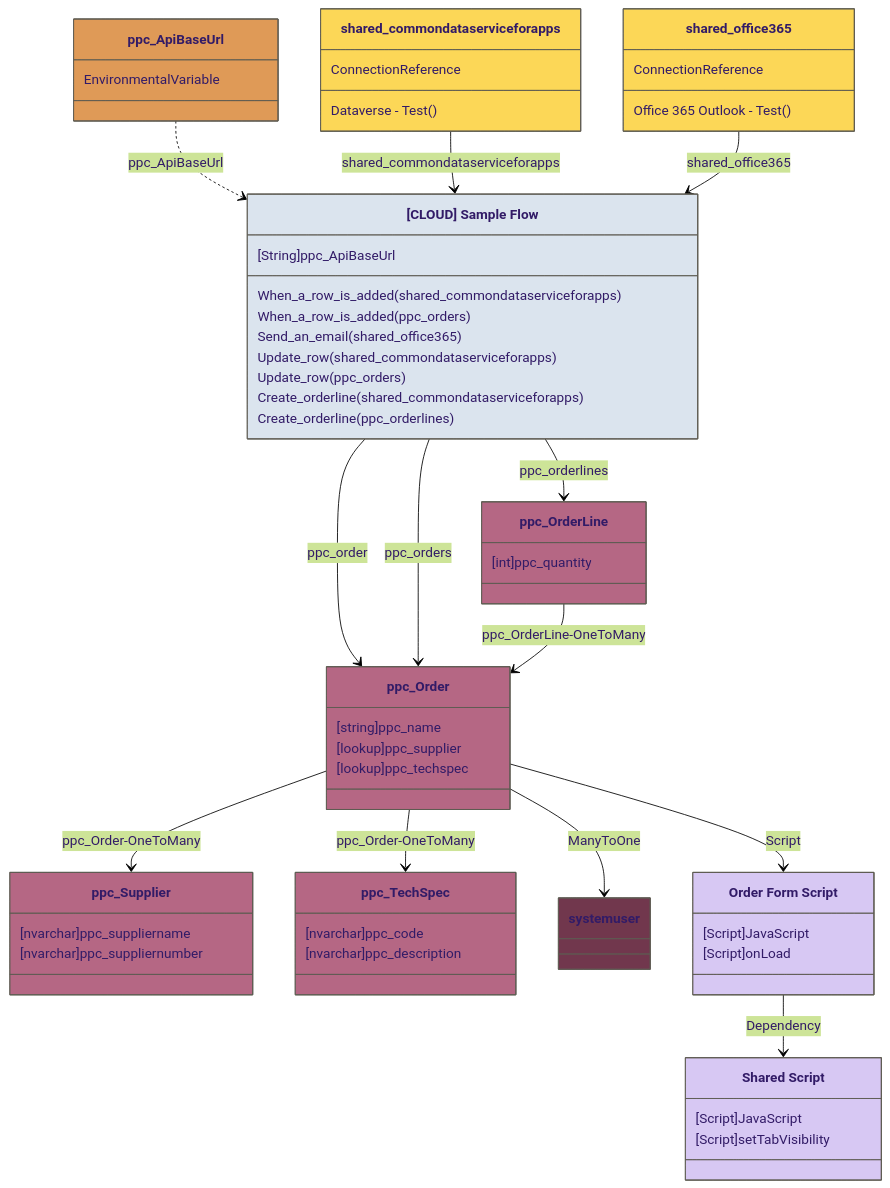
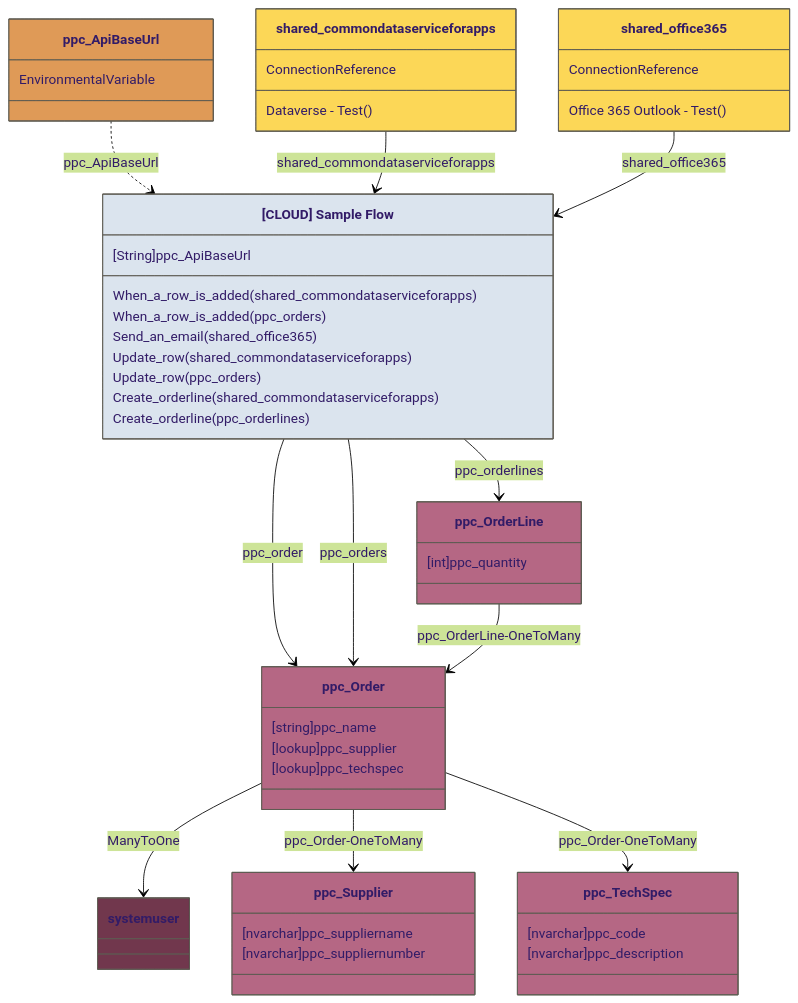
Before and after one commit to autosysops/PowerShell_PowerPlatformChecker: the diagram in tests/fixtures/expected/ArchitectureDiagram.Flow.TB.expected.md, drawn with Mermaid (forest theme). The commit also changed 80 other files, not shown here.

Commit message:
Added option to generate flowcharts for desktop flows and get information from power apps (model and canvas). Also added option to generate external diagrams.

```diff
--- a/tests/fixtures/expected/ArchitectureDiagram.Flow.TB.expected.md
+++ b/tests/fixtures/expected/ArchitectureDiagram.Flow.TB.expected.md
@@ -1,71 +1,61 @@
 :::mermaid
 classDiagram
 direction TB
 class flow11111111-1111-1111-1111-111111111111["[CLOUD] Sample Flow"]:::Flow {
     [String]ppc_ApiBaseUrl
     When_a_row_is_added(shared_commondataserviceforapps)
     When_a_row_is_added(ppc_orders)
     Send_an_email(shared_office365)
     Update_row(shared_commondataserviceforapps)
     Update_row(ppc_orders)
     Create_orderline(shared_commondataserviceforapps)
     Create_orderline(ppc_orderlines)
 }
 class ppc_ApiBaseUrl:::EnvVar {
   EnvironmentalVariable
 }
 class shared_commondataserviceforapps:::Connection {
   ConnectionReference
   Dataverse - Test()
 }
 class shared_office365:::Connection {
   ConnectionReference
   Office 365 Outlook - Test()
 }
 class ppc_orders["ppc_Order"]:::Entity {
     [string]ppc_name
     [lookup]ppc_supplier
     [lookup]ppc_techspec
 }
 class ppc_orderlines["ppc_OrderLine"]:::Entity {
     [int]ppc_quantity
 }
 class ppc_suppliers["ppc_Supplier"]:::Entity {
     [nvarchar]ppc_suppliername
     [nvarchar]ppc_suppliernumber
 }
 class ppc_techspecs["ppc_TechSpec"]:::Entity {
     [nvarchar]ppc_code
     [nvarchar]ppc_description
 }
 class systemuser:::DefaultEntity
-class ppc_script_OrderForm_js["Order Form Script"]:::WebResource {
-  [Script]JavaScript
-  [Script]onLoad
-}
-class ppc_script_Shared_js["Shared Script"]:::WebResource {
-  [Script]JavaScript
-  [Script]setTabVisibility
-}
 ppc_ApiBaseUrl ..> flow11111111-1111-1111-1111-111111111111:ppc_ApiBaseUrl
 shared_commondataserviceforapps --> flow11111111-1111-1111-1111-111111111111:shared_commondataserviceforapps
 flow11111111-1111-1111-1111-111111111111 --> ppc_orders:ppc_order
 shared_office365 --> flow11111111-1111-1111-1111-111111111111:shared_office365
 flow11111111-1111-1111-1111-111111111111 --> ppc_orders:ppc_orders
 flow11111111-1111-1111-1111-111111111111 --> ppc_orderlines:ppc_orderlines
 ppc_orders --> systemuser:ManyToOne
 ppc_orders --> ppc_suppliers:ppc_Order-OneToMany
 ppc_orders --> ppc_techspecs:ppc_Order-OneToMany
-ppc_orders --> ppc_script_OrderForm_js:Script
 ppc_orderlines --> ppc_orders:ppc_OrderLine-OneToMany
-ppc_script_OrderForm_js --> ppc_script_Shared_js:Dependency
 classDef default fill:red,stroke:#5E5B52
 classDef EnvVar fill:#DF9A57,stroke:#5E5B52
 classDef Connection fill:#FCD757,stroke:#5E5B52
 classDef Entity fill:#B56784,stroke:#5E5B52
 classDef DefaultEntity fill:#71374D,stroke:#5E5B52
 classDef Flow fill:#DBE4EE,stroke:#5E5B52
 classDef CanvasApp fill:#8BC34A,stroke:#5E5B52
 classDef ModelDrivenApp fill:#7BAFD4,stroke:#5E5B52
 classDef WebResource fill:#D7C8F3,stroke:#5E5B52
 :::
```
